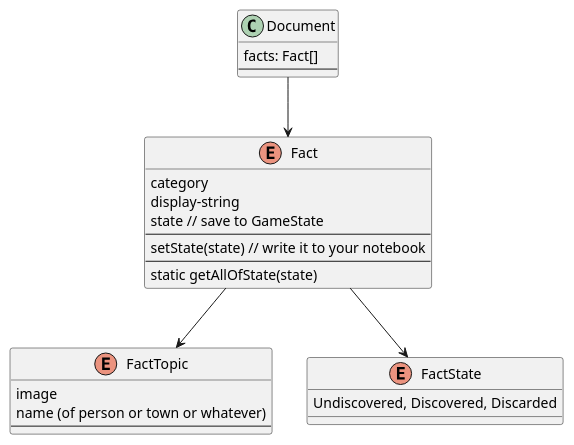
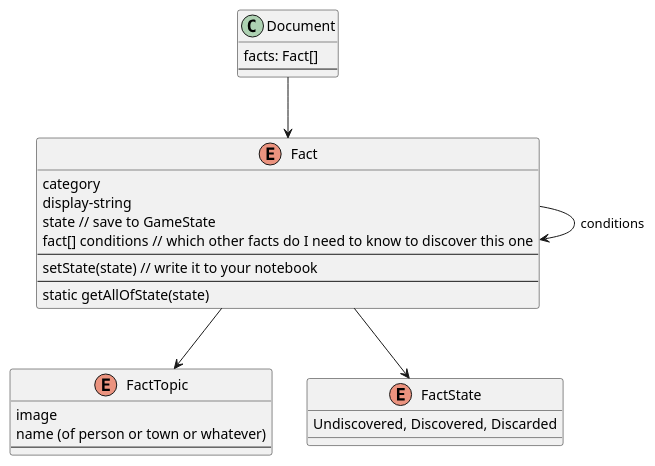
Before and after one commit to Markus-Brand/LD48: the diagram in Unity/Assets/data-model.puml, drawn with PlantUML. The commit also changed 14 other files, not shown here.

Commit message:
click "books" to discover facts!

```diff
--- a/Unity/Assets/data-model.puml
+++ b/Unity/Assets/data-model.puml
@@ -1,31 +1,33 @@
 @startuml
 
 enum Fact {
     category
     display-string
     state // save to GameState
+    fact[] conditions // which other facts do I need to know to discover this one
     --
     setState(state) // write it to your notebook
     --
     static getAllOfState(state)
 }
+Fact --> Fact : conditions
 Fact --> FactTopic
 Fact --> FactState
 
 enum FactState {
     Undiscovered, Discovered, Discarded
 }
 
 enum FactTopic {
     image
     name (of person or town or whatever)
     --
 }
 
 class Document {
     facts: Fact[]
     --
 }
 Document --> Fact
 
 @enduml
```
